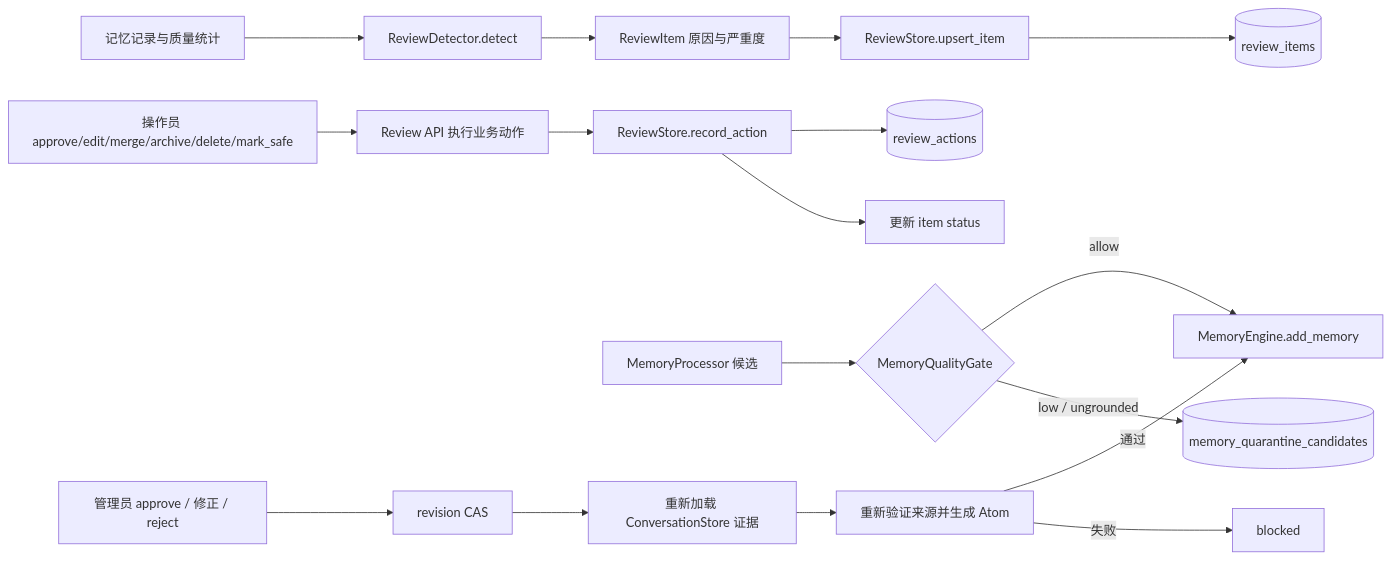
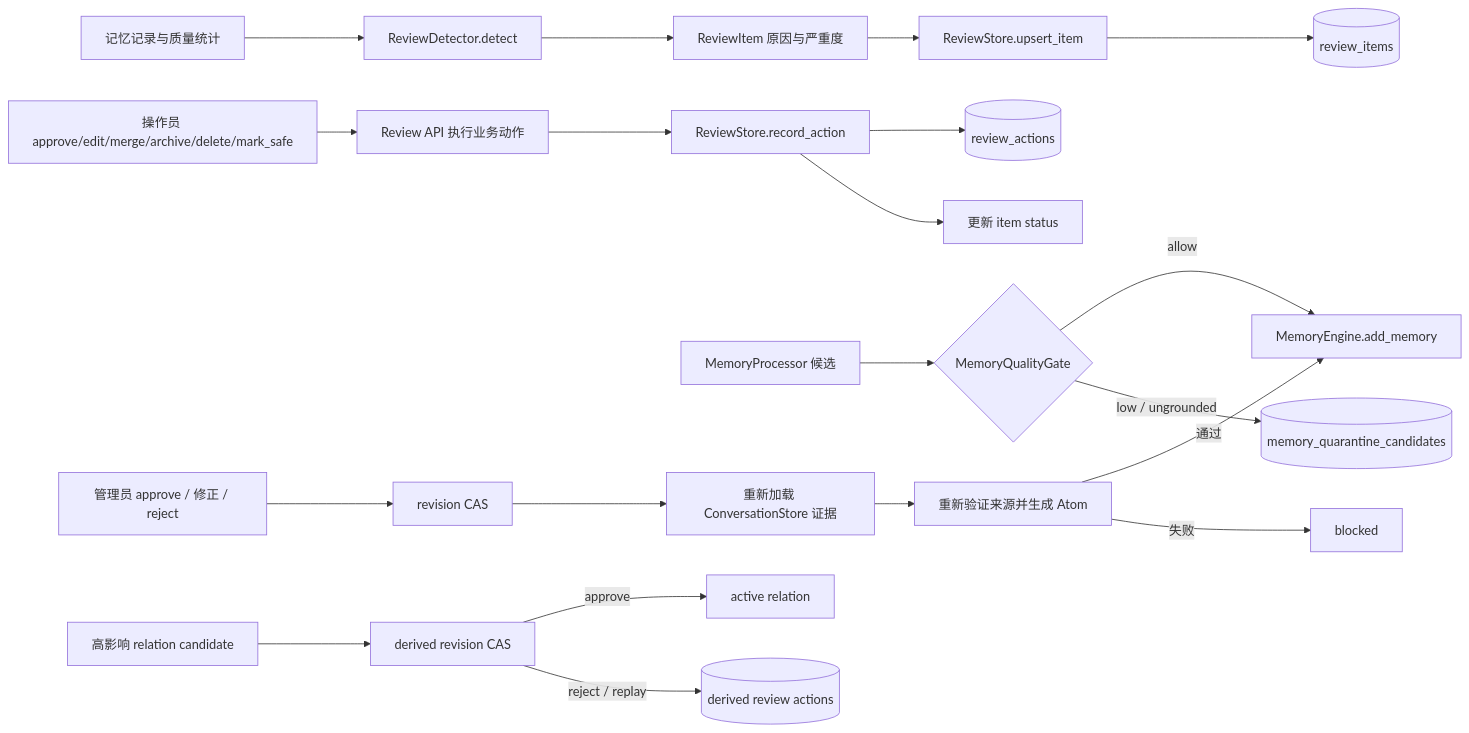
Before and after one commit to INSide-734/astrbot_plugin_memora: the diagram in core/review/AGENTS.md, drawn with Mermaid. The commit also changed other lines of this file and 27 other files, not shown here.

````diff
--- a/core/review/AGENTS.md
+++ b/core/review/AGENTS.md
@@ -13,19 +13,22 @@
 ```mermaid
 flowchart LR
     A[记忆记录与质量统计] --> B[ReviewDetector.detect]
     B --> C[ReviewItem 原因与严重度]
     C --> D[ReviewStore.upsert_item]
     D --> E[(review_items)]
     F[操作员 approve/edit/merge/archive/delete/mark_safe] --> G[Review API 执行业务动作]
     G --> H[ReviewStore.record_action]
     H --> I[(review_actions)]
     H --> J[更新 item status]
     K[MemoryProcessor 候选] --> L{MemoryQualityGate}
     L -->|allow| M[MemoryEngine.add_memory]
     L -->|low / ungrounded| N[(memory_quarantine_candidates)]
     O[管理员 approve / 修正 / reject] --> P[revision CAS]
     P --> Q[重新加载 ConversationStore 证据]
     Q --> R[重新验证来源并生成 Atom]
     R -->|通过| M
     R -->|失败| S[blocked]
+    T[高影响 relation candidate] --> U[derived revision CAS]
+    U -->|approve| V[active relation]
+    U -->|reject / replay| W[(derived review actions)]
 ```
````
